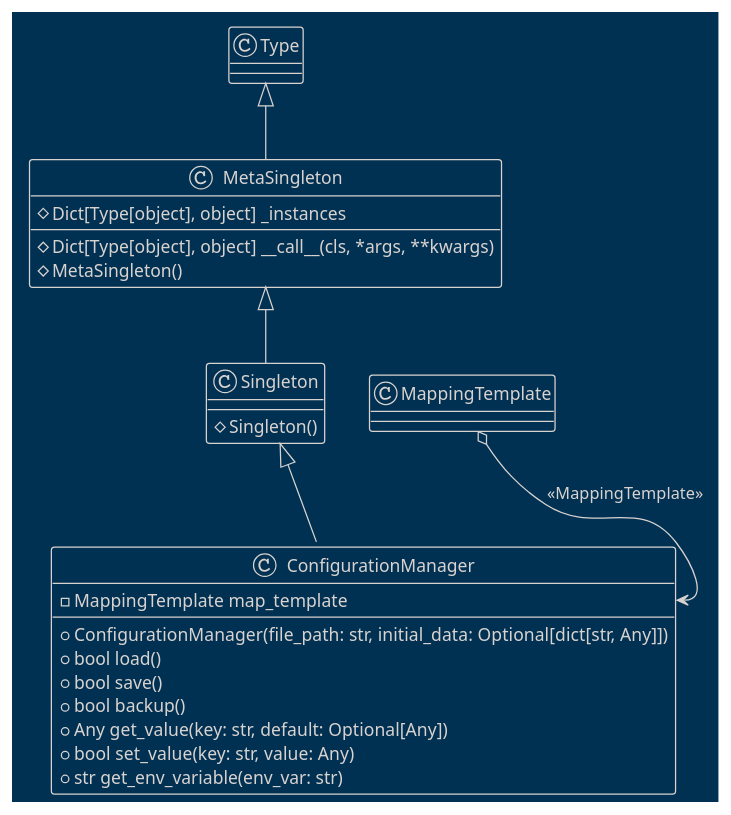
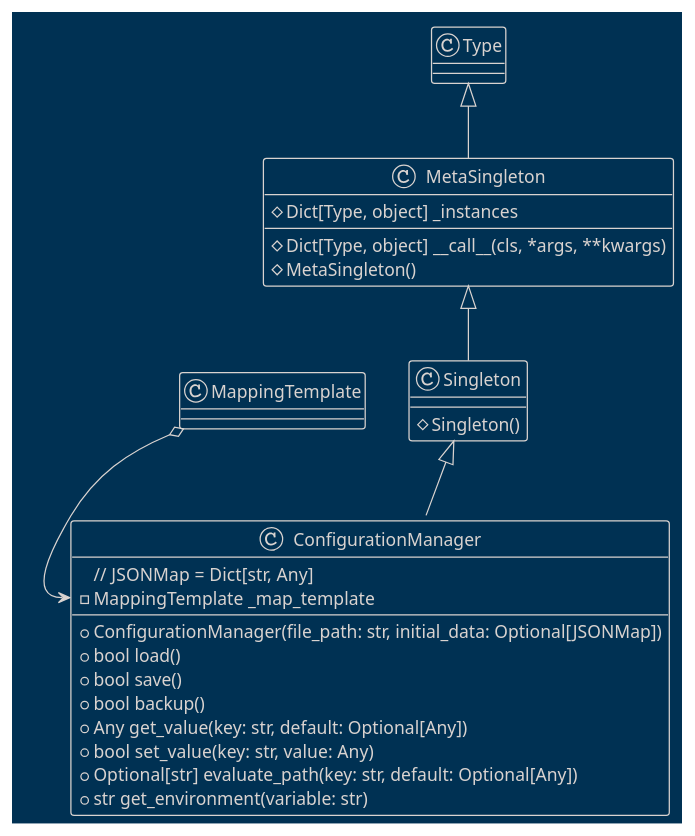
One commit to teleprint-me/py.gpt.prompt changed the diagram in docs/diagrams/plantuml/configuration_manager.puml. Above: the diagram before and after it, drawn with PlantUML.

Commit message:
docs: Update ConfigurationMangaer diagram

```diff
--- a/docs/diagrams/plantuml/configuration_manager.puml
+++ b/docs/diagrams/plantuml/configuration_manager.puml
@@ -1,28 +1,30 @@
 @startuml ConfigurationManager
 !theme blueprint
 
 ' docs/diagrams/plantuml/configuration_manager.puml
 
 class MetaSingleton extends Type {
-    # Dict[Type[object], object] _instances
-    # Dict[Type[object], object] __call__(cls, *args, **kwargs)
+    # Dict[Type, object] _instances
+    # Dict[Type, object] __call__(cls, *args, **kwargs)
     # MetaSingleton()
 }
 
 class Singleton extends MetaSingleton {
     # Singleton()
 }
 
 class ConfigurationManager extends Singleton {
-    - MappingTemplate map_template
-    + ConfigurationManager(file_path: str, initial_data: Optional[dict[str, Any]])
+    // JSONMap = Dict[str, Any]
+    - MappingTemplate _map_template
+    + ConfigurationManager(file_path: str, initial_data: Optional[JSONMap])
     + bool load()
     + bool save()
     + bool backup()
     + Any get_value(key: str, default: Optional[Any])
     + bool set_value(key: str, value: Any)
-    + str get_env_variable(env_var: str)
+    + Optional[str] evaluate_path(key: str, default: Optional[Any])
+    + str get_environment(variable: str)
 }
 
-MappingTemplate o--> ConfigurationManager::map_template : <<MappingTemplate>>
+MappingTemplate o--> ConfigurationManager::map_template
 @enduml
```
